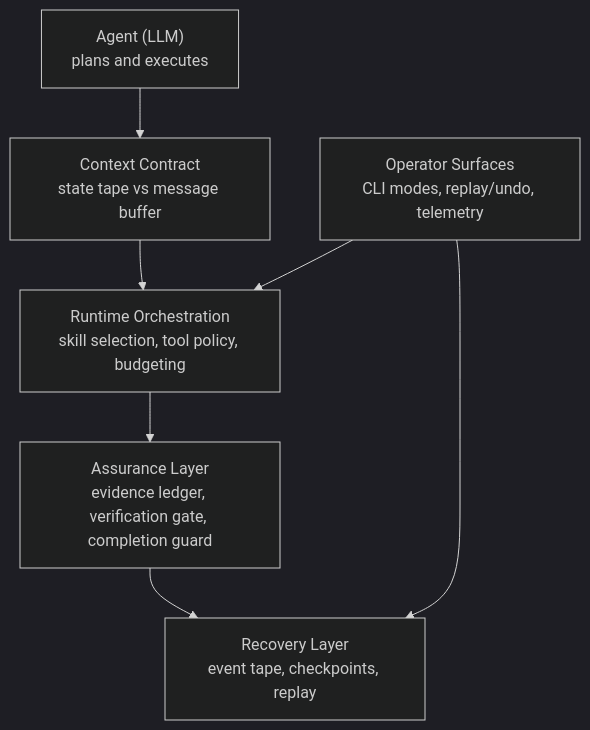
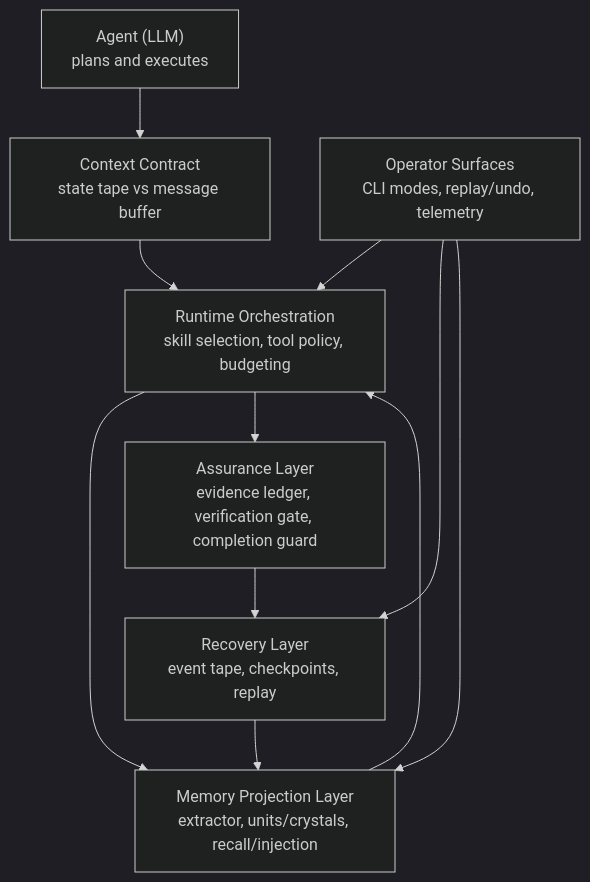
The diagram in README.md (arcthur/pi-roaster), drawn with Mermaid (dark theme) before and after one commit. The commit also changed other lines of this file and 39 other files, not shown here.

First line of the commit message:
feat(memory): add event-driven memory projection and recall system

````diff
--- a/README.md
+++ b/README.md
@@ -69,16 +78,21 @@
 ```mermaid
 flowchart TD
   AGENT["Agent (LLM)<br>plans and executes"]
   CONTRACT["Context Contract<br>state tape vs message buffer"]
   ORCH["Runtime Orchestration<br>skill selection, tool policy, budgeting"]
+  MEMORY["Memory Projection Layer<br>extractor, units/crystals, recall/injection"]
   ASSURE["Assurance Layer<br>evidence ledger, verification gate, completion guard"]
   RECOVERY["Recovery Layer<br>event tape, checkpoints, replay"]
   SURFACES["Operator Surfaces<br>CLI modes, replay/undo, telemetry"]
 
   AGENT --> CONTRACT
   CONTRACT --> ORCH
+  ORCH --> MEMORY
+  MEMORY --> ORCH
   ORCH --> ASSURE
   ASSURE --> RECOVERY
+  RECOVERY --> MEMORY
   SURFACES --> ORCH
   SURFACES --> RECOVERY
+  SURFACES --> MEMORY
 ```
````
